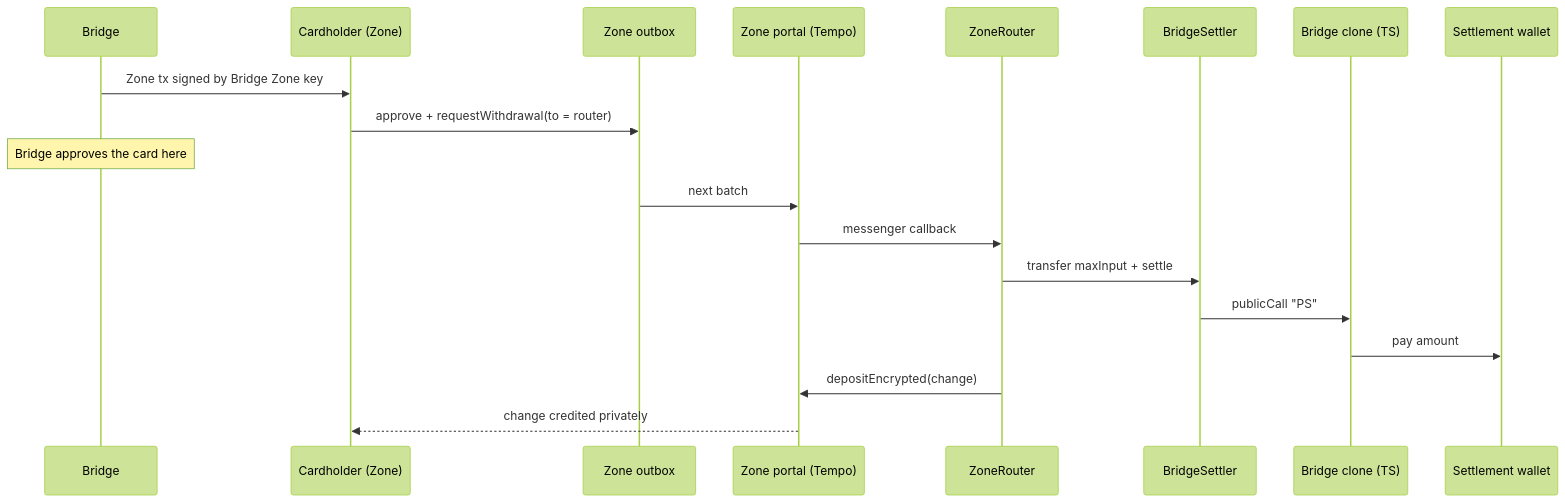
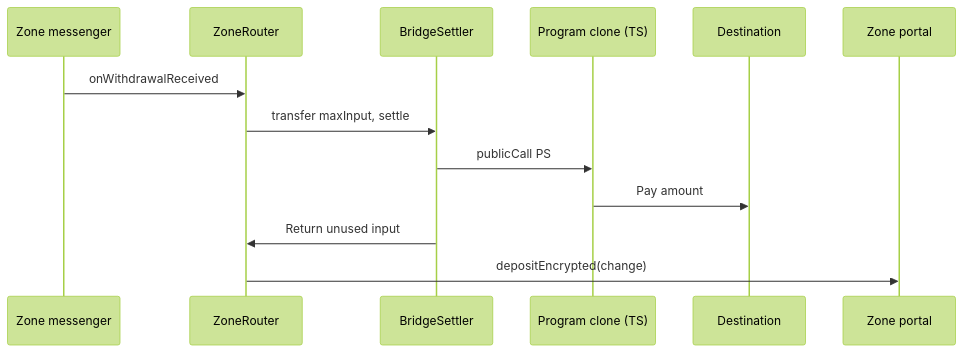
Before and after one commit to tempoxyz/contracts: the third of 3 diagrams in docs/bridge/design.md, drawn with Mermaid (forest theme). The commit also changed other lines of this file and 4 other files, not shown here.

````diff
--- a/docs/bridge/design.md
+++ b/docs/bridge/design.md
@@ -108,21 +158,15 @@
 ```mermaid
 sequenceDiagram
-    participant B as Bridge
-    participant Z as Cardholder (Zone)
-    participant O as Zone outbox
-    participant P as Zone portal (Tempo)
+    participant M as Zone messenger
     participant R as ZoneRouter
     participant S as BridgeSettler
-    participant C as Bridge clone (TS)
-    participant D as Settlement wallet
-    B->>Z: Zone tx signed by Bridge Zone key
-    Z->>O: approve + requestWithdrawal(to = router)
-    Note over B: Bridge approves the card here
-    O->>P: next batch
-    P->>R: messenger callback
-    R->>S: transfer maxInput + settle
-    S->>C: publicCall "PS"
-    C->>D: pay amount
+    participant C as Program clone (TS)
+    participant D as Destination
+    participant P as Zone portal
+    M->>R: onWithdrawalReceived
+    R->>S: transfer maxInput, settle
+    S->>C: publicCall PS
+    C->>D: Pay amount
+    S->>R: Return unused input
     R->>P: depositEncrypted(change)
-    P-->>Z: change credited privately
 ```
````
